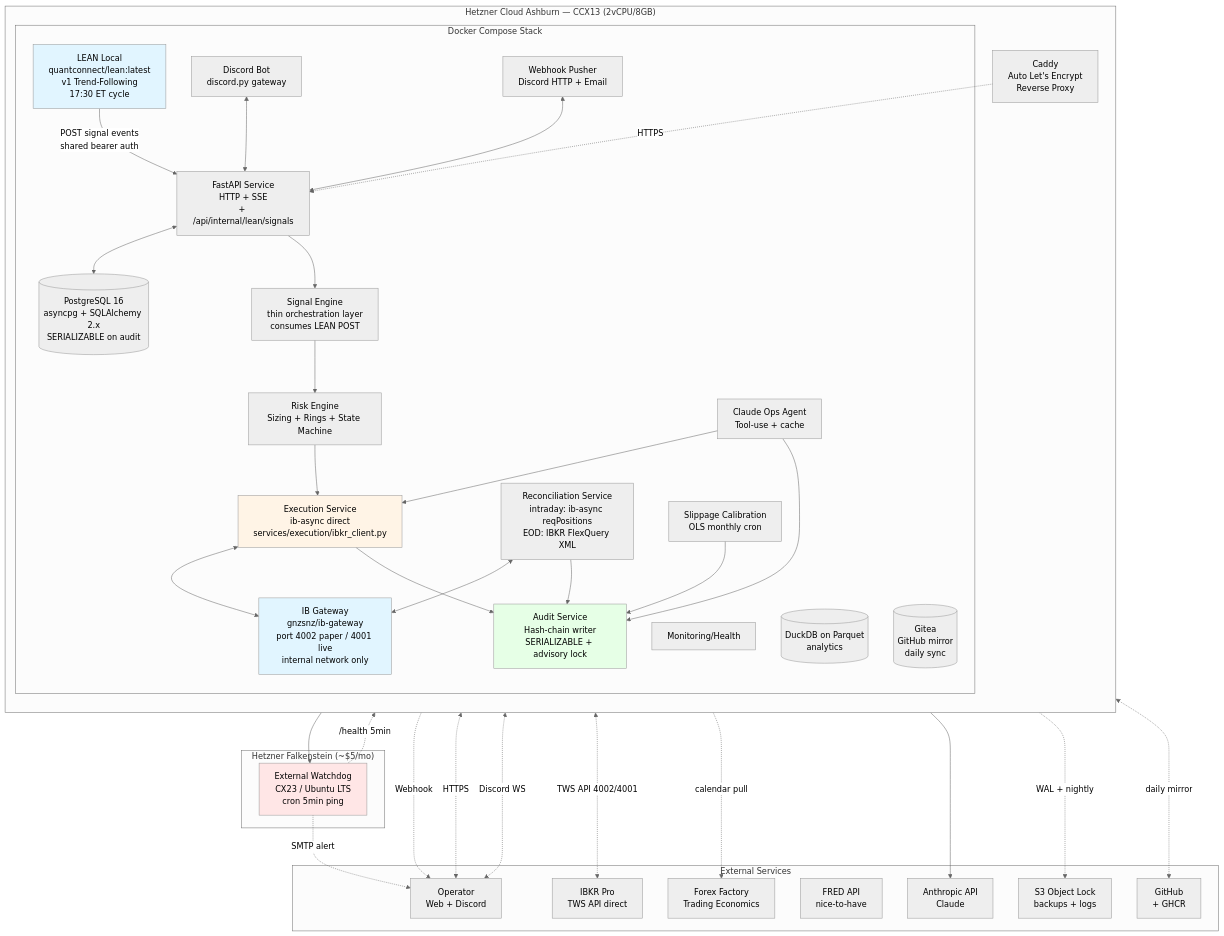
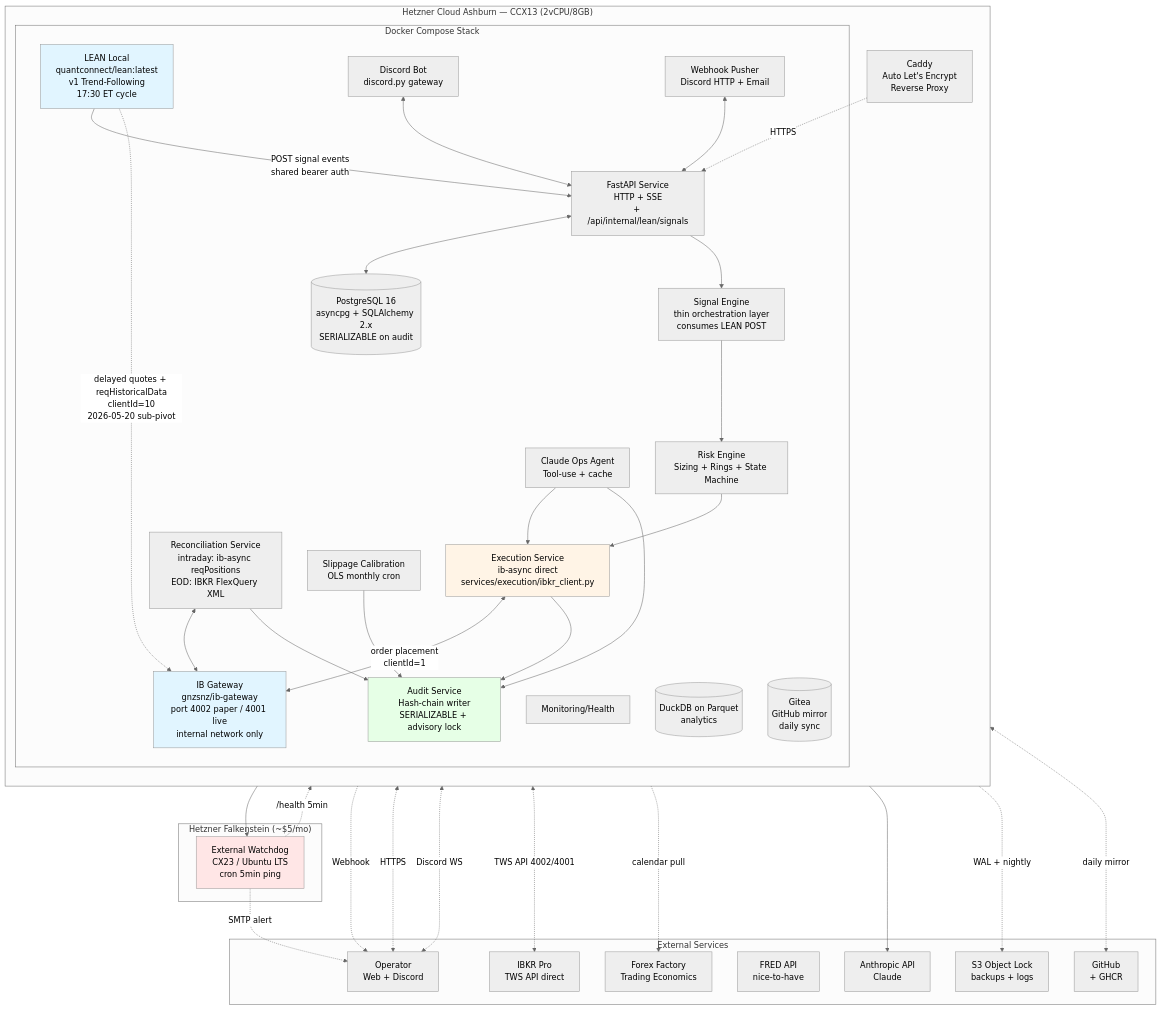
The first of 27 diagrams in Docs/backend-spec.md (shaanyp123/trading-system), drawn with Mermaid (neutral theme) before and after one commit. The commit also changed other lines of this file and 16 other files, not shown here.

First line of the commit message:
feat(lean): pivot data layer from seed files to IBKR delayed quotes (clientId=10)

````diff
--- a/Docs/backend-spec.md
+++ b/Docs/backend-spec.md
@@ -96,76 +98,77 @@
 ```mermaid
 graph TB
   subgraph Hetzner_Falkenstein["Hetzner Falkenstein (~$5/mo)"]
     WD[External Watchdog<br/>CX23 / Ubuntu LTS<br/>cron 5min ping]
   end
 
   subgraph Hetzner_Ashburn["Hetzner Cloud Ashburn — CCX13 (2vCPU/8GB)"]
     direction TB
     CADDY[Caddy<br/>Auto Let's Encrypt<br/>Reverse Proxy]
 
     subgraph Docker_Compose["Docker Compose Stack"]
       API[FastAPI Service<br/>HTTP + SSE<br/>+ /api/internal/lean/signals]
       LEAN[LEAN Local<br/>quantconnect/lean:latest<br/>v1 Trend-Following<br/>17:30 ET cycle]
       SIG[Signal Engine<br/>thin orchestration layer<br/>consumes LEAN POST]
       RISK[Risk Engine<br/>Sizing + Rings + State Machine]
       EXEC[Execution Service<br/>ib-async direct<br/>services/execution/ibkr_client.py]
       RECON[Reconciliation Service<br/>intraday: ib-async reqPositions<br/>EOD: IBKR FlexQuery XML]
       AUDIT[Audit Service<br/>Hash-chain writer<br/>SERIALIZABLE + advisory lock]
       CALIB[Slippage Calibration<br/>OLS monthly cron]
       AGENT[Claude Ops Agent<br/>Tool-use + cache]
       DBOT[Discord Bot<br/>discord.py gateway]
       WHP[Webhook Pusher<br/>Discord HTTP + Email]
       MON[Monitoring/Health]
 
       IBGW[IB Gateway<br/>gnzsnz/ib-gateway<br/>port 4002 paper / 4001 live<br/>internal network only]
 
       PG[(PostgreSQL 16<br/>asyncpg + SQLAlchemy 2.x<br/>SERIALIZABLE on audit)]
       DDB[(DuckDB on Parquet<br/>analytics)]
       GITEA[(Gitea<br/>GitHub mirror<br/>daily sync)]
     end
 
     CADDY -.HTTPS.-> API
     API <--> PG
     LEAN -->|POST signal events<br/>shared bearer auth| API
+    LEAN -.->|delayed quotes + reqHistoricalData<br/>clientId=10<br/>2026-05-20 sub-pivot| IBGW
     API --> SIG
     SIG --> RISK
     RISK --> EXEC
-    EXEC <--> IBGW
+    EXEC <-->|order placement<br/>clientId=1| IBGW
     RECON <--> IBGW
     RECON --> AUDIT
     EXEC --> AUDIT
     AGENT --> EXEC
     AGENT --> AUDIT
     DBOT <--> API
     WHP <--> API
     MON --> WD
     CALIB --> AUDIT
   end
 
   subgraph External["External Services"]
     OPER[Operator<br/>Web + Discord]
     IBKR[IBKR Pro<br/>TWS API direct]
     FF[Forex Factory<br/>Trading Economics]
     FRED[FRED API<br/>nice-to-have]
     CLAUDE[Anthropic API<br/>Claude]
     S3[S3 Object Lock<br/>backups + logs]
     GH[GitHub<br/>+ GHCR]
   end
 
   IBGW <-. TWS API 4002/4001 .-> IBKR
   WD -. /health 5min .-> CADDY
   WD -. SMTP alert .-> OPER
   OPER <-. HTTPS .-> CADDY
   OPER <-. Discord WS .-> DBOT
   WHP -. Webhook .-> OPER
   SIG -. calendar pull .-> FF
   AGENT --> CLAUDE
   AUDIT -. WAL + nightly .-> S3
   GITEA <-. daily mirror .-> GH
 
   style LEAN fill:#e1f5ff
   style IBGW fill:#e1f5ff
   style EXEC fill:#fff4e6
   style WD fill:#ffe6e6
   style AUDIT fill:#e6ffe6
 ```
````
